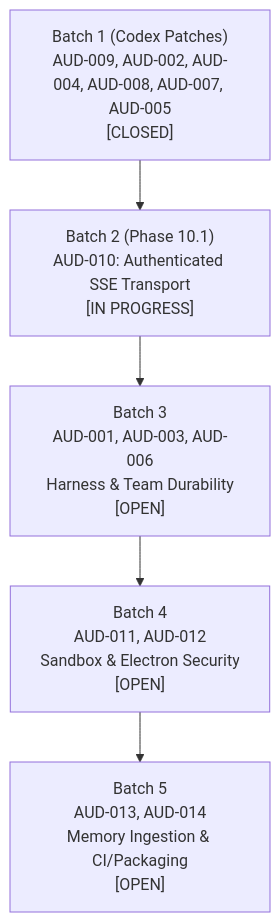
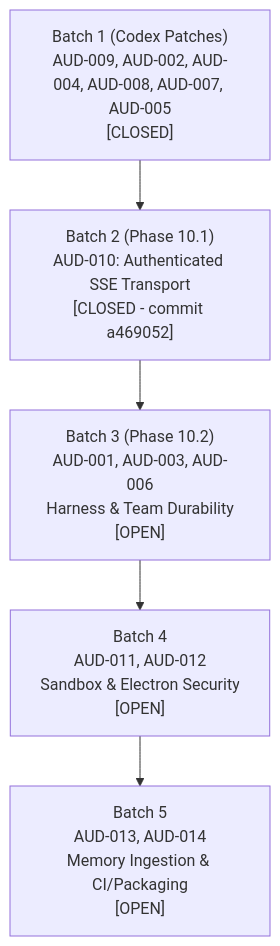
Before and after one commit to Roopesh-kosuri/Code-OS: the diagram in docs/audit/FIX_PLAN.md, drawn with Mermaid. The commit also changed other lines of this file and 1 other file, not shown here.

Commit message:
docs(audit): close AUD-010 in findings register and fix plan

````diff
--- a/docs/audit/FIX_PLAN.md
+++ b/docs/audit/FIX_PLAN.md
@@ -10,7 +10,7 @@
 ```mermaid
 graph TD
-    B1["Batch 1 (Codex Patches)<br/>AUD-009, AUD-002, AUD-004, AUD-008, AUD-007, AUD-005<br/>[CLOSED]"] --> B2["Batch 2 (Phase 10.1)<br/>AUD-010: Authenticated SSE Transport<br/>[IN PROGRESS]"]
-    B2 --> B3["Batch 3<br/>AUD-001, AUD-003, AUD-006<br/>Harness & Team Durability<br/>[OPEN]"]
+    B1["Batch 1 (Codex Patches)<br/>AUD-009, AUD-002, AUD-004, AUD-008, AUD-007, AUD-005<br/>[CLOSED]"] --> B2["Batch 2 (Phase 10.1)<br/>AUD-010: Authenticated SSE Transport<br/>[CLOSED - commit a469052]"]
+    B2 --> B3["Batch 3 (Phase 10.2)<br/>AUD-001, AUD-003, AUD-006<br/>Harness & Team Durability<br/>[OPEN]"]
     B3 --> B4["Batch 4<br/>AUD-011, AUD-012<br/>Sandbox & Electron Security<br/>[OPEN]"]
     B4 --> B5["Batch 5<br/>AUD-013, AUD-014<br/>Memory Ingestion & CI/Packaging<br/>[OPEN]"]
 ```
````
